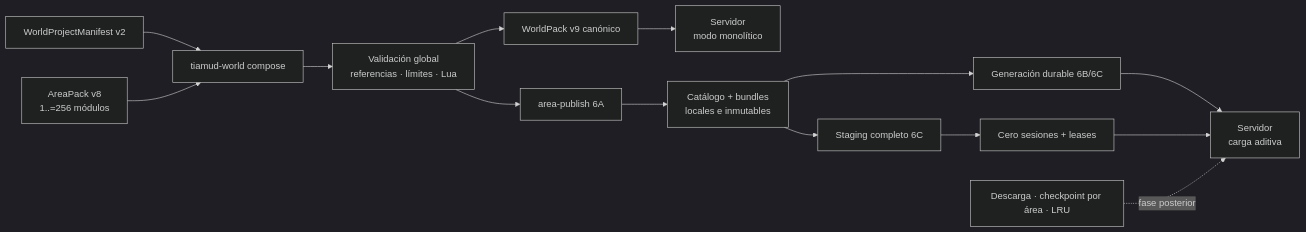
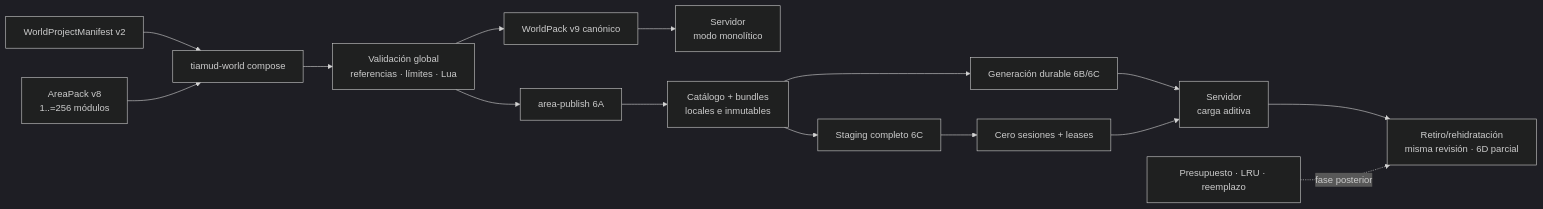
One commit to hyukudan/tiamud changed the first of 2 diagrams in docs/world-authoring.md. Above: the diagram before and after it, drawn with Mermaid (dark theme). The commit also changed other lines of this file and 58 other files, not shown here.

````diff
--- a/docs/world-authoring.md
+++ b/docs/world-authoring.md
@@ -38,19 +39,20 @@
 ```mermaid
 flowchart LR
     accTitle: Flujo monolítico y generaciones locales de Tiamud
     accDescr: Las áreas se componen y validan fuera de línea. El servidor elige el WorldPack completo o una generación local durable, incorpora bundles bajo demanda y puede sustituir solo la generación completa en quiescencia.
 
     Project[WorldProjectManifest v2] --> Compose[tiamud-world compose]
     Areas[AreaPack v8<br/>1..=256 módulos] --> Compose
     Compose --> Validate[Validación global<br/>referencias · límites · Lua]
     Validate --> Artifact[WorldPack v9 canónico]
     Artifact --> Monolithic[Servidor<br/>modo monolítico]
     Validate --> Publish[area-publish 6A]
     Publish --> Catalog[Catálogo + bundles<br/>locales e inmutables]
     Catalog --> Durable[Generación durable 6B/6C]
     Durable --> Server[Servidor<br/>carga aditiva]
     Catalog --> Stage[Staging completo 6C]
     Stage --> Quiet[Cero sesiones + leases]
     Quiet --> Server
-    Future[Descarga · checkpoint por área · LRU] -. fase posterior .-> Server
+    Server --> Partial6D[Retiro/rehidratación<br/>misma revisión · 6D parcial]
+    Future[Presupuesto · LRU · reemplazo] -. fase posterior .-> Partial6D
 ```
````
